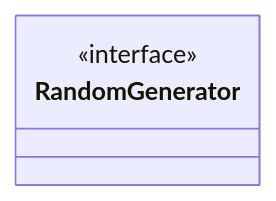
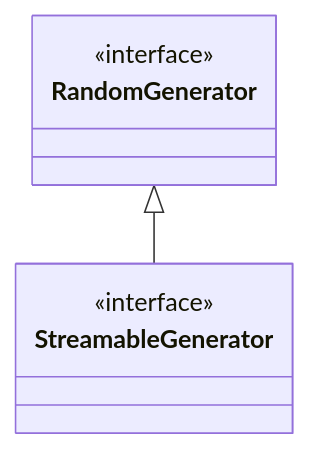
Before and after one commit to cicirello/rho-mu: the diagram in README.md, drawn with Mermaid.

````diff
--- a/README.md
+++ b/README.md
@@ -42,5 +42,8 @@
 ```mermaid
 classDiagram
   class RandomGenerator
   <<interface>> RandomGenerator
+  class StreamableGenerator
+  <<interface>> StreamableGenerator
+  RandomGenerator <|-- StreamableGenerator
 ```
````
